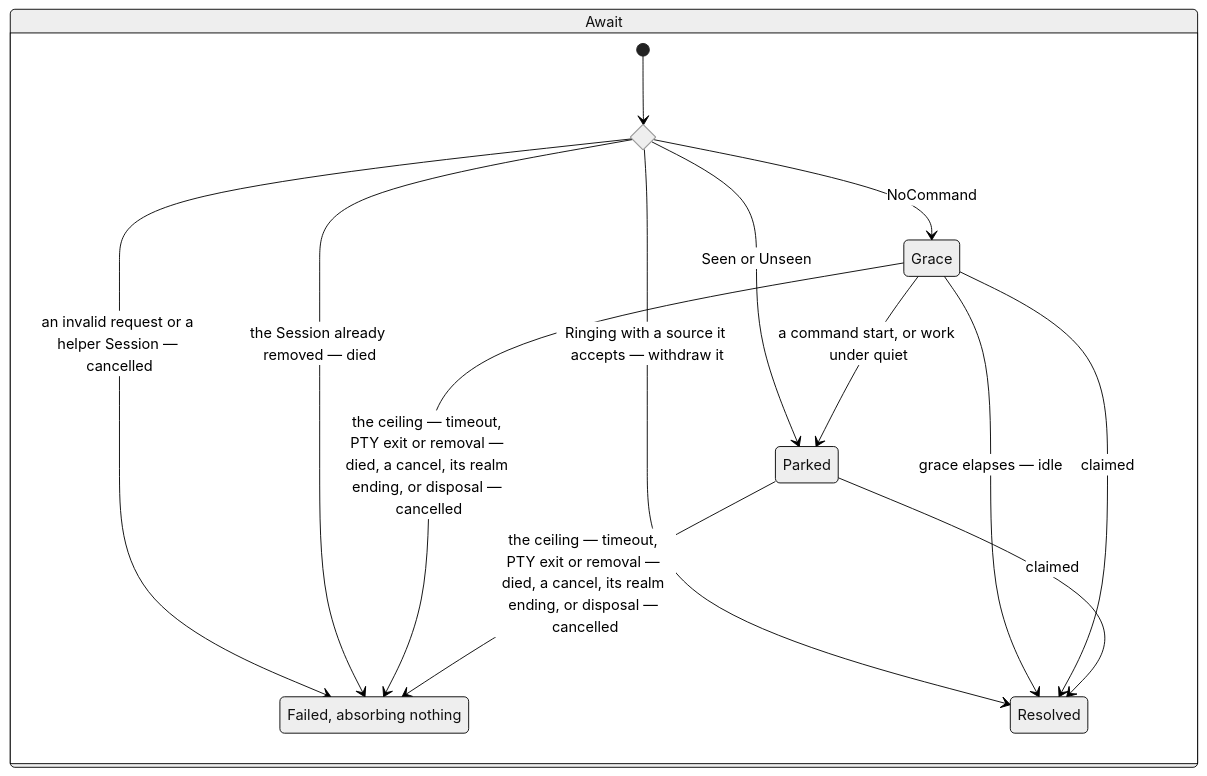
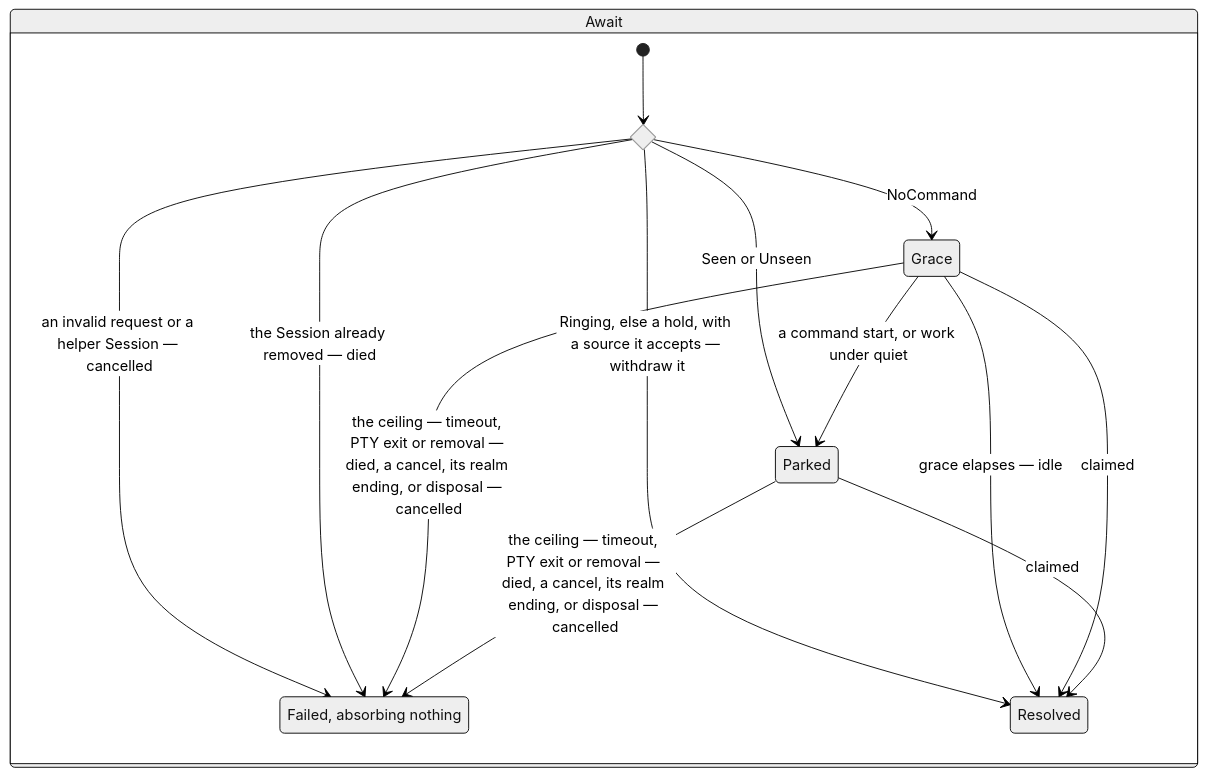
Before and after one commit to diffplug/dormouse: diagram 15 of 16 in docs/specs/alert.md, drawn with Mermaid (neutral theme). The commit also changed other lines of this file and 3 other files, not shown here.

````diff
--- a/docs/specs/alert.md
+++ b/docs/specs/alert.md
@@ -331,19 +331,19 @@
 ```mermaid
 stateDiagram-v2
   state "Await" as Await {
     state arrive <<choice>>
     state "Failed, absorbing nothing" as Failed
     [*] --> arrive
     arrive --> Failed: an invalid request or a helper Session — cancelled
     arrive --> Failed: the Session already removed — died
-    arrive --> Resolved: Ringing with a source it accepts — withdraw it
+    arrive --> Resolved: Ringing, else a hold, with a source it accepts — withdraw it
     arrive --> Parked: Seen or Unseen
     arrive --> Grace: NoCommand
     Grace --> Parked: a command start, or work under quiet
     Grace --> Resolved: grace elapses — idle
     Grace --> Resolved: claimed
     Parked --> Resolved: claimed
     Grace --> Failed: the ceiling — timeout, PTY exit or removal — died, a cancel, its realm ending, or disposal — cancelled
     Parked --> Failed: the ceiling — timeout, PTY exit or removal — died, a cancel, its realm ending, or disposal — cancelled
   }
 ```
````
